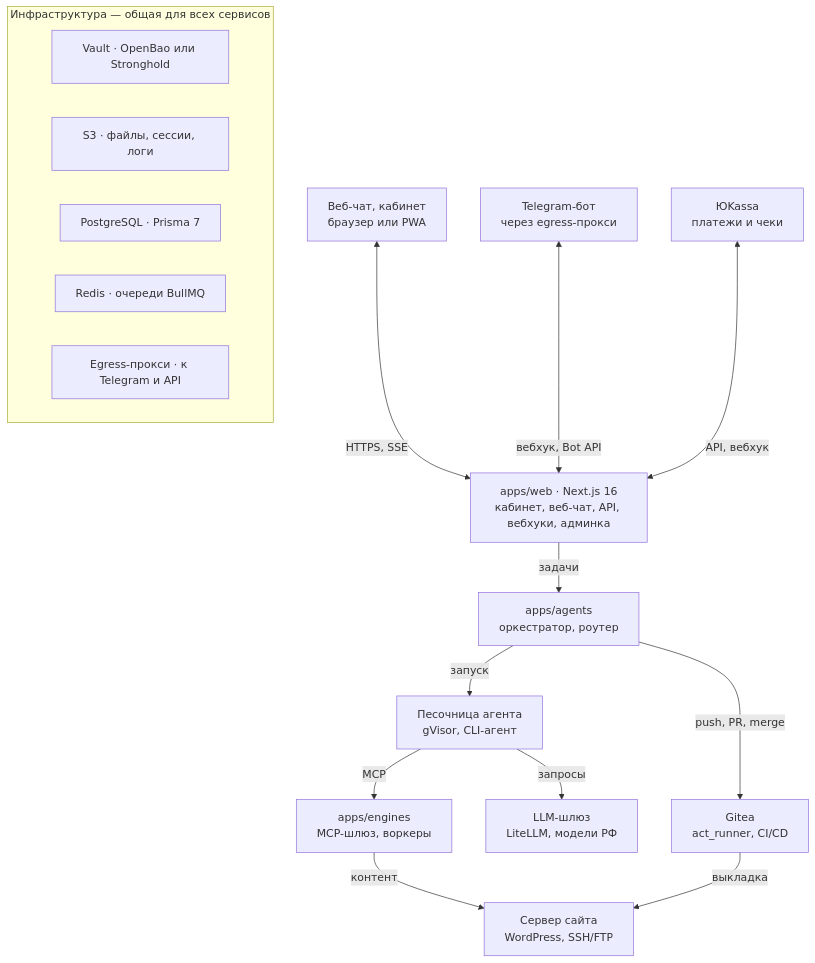
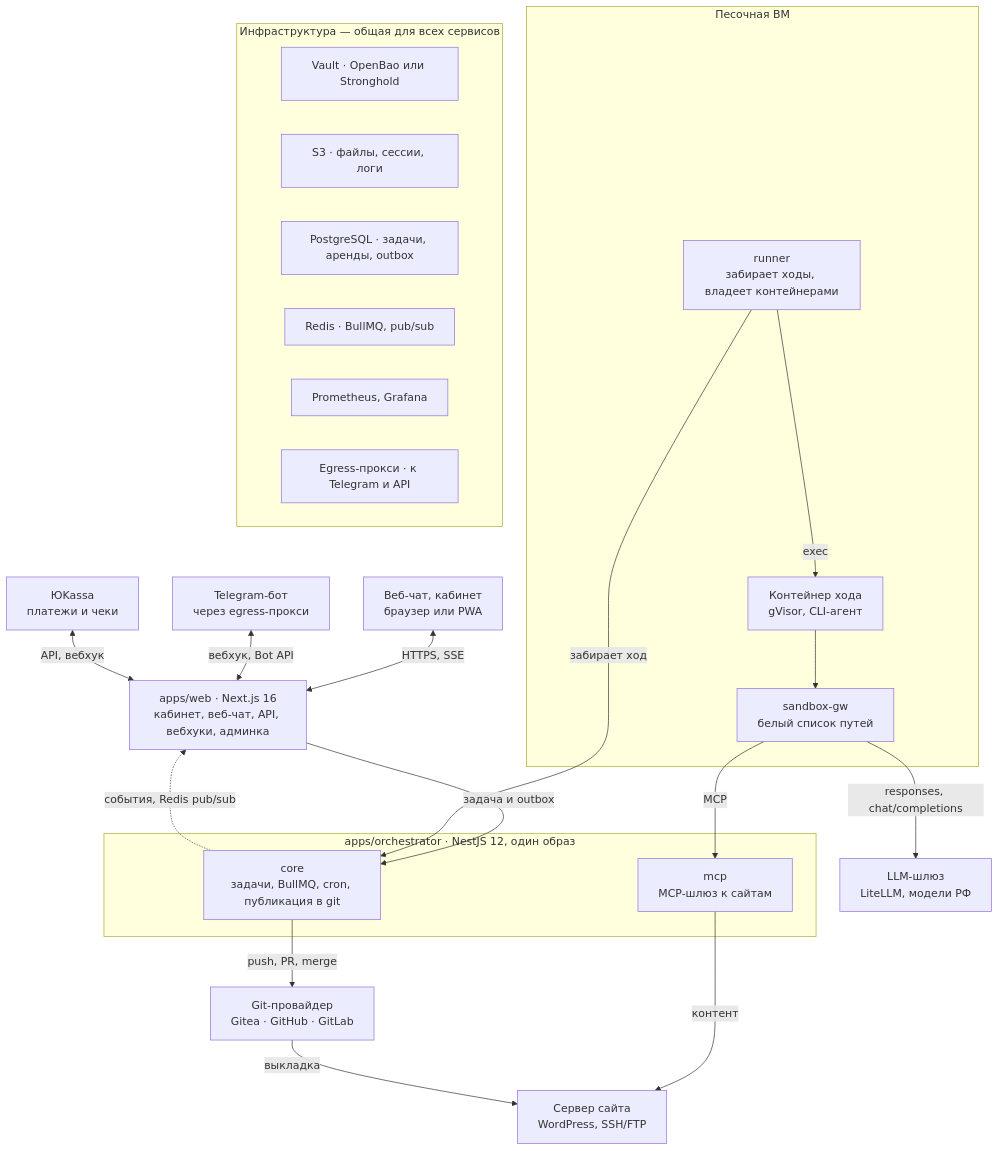
Before and after one commit to AnyNoteInc/Raditi: the first of 2 diagrams in docs/spec.md, drawn with Mermaid. The commit also changed other lines of this file and 16 other files, not shown here.

````diff
--- a/docs/spec.md
+++ b/docs/spec.md
@@ -104,30 +119,40 @@
 ```mermaid
 flowchart TB
     client["Веб-чат, кабинет<br/>браузер или PWA"]
     bot["Telegram-бот<br/>через egress-прокси"]
     pay["ЮKassa<br/>платежи и чеки"]
     web["apps/web · Next.js 16<br/>кабинет, веб-чат, API, вебхуки, админка"]
-    orch["apps/agents<br/>оркестратор, роутер"]
-    sandbox["Песочница агента<br/>gVisor, CLI-агент"]
-    engines["apps/engines<br/>MCP-шлюз, воркеры"]
-    gitea["Gitea<br/>act_runner, CI/CD"]
+    subgraph orch["apps/orchestrator · NestJS 12, один образ"]
+        core["core<br/>задачи, BullMQ, cron, публикация в git"]
+        mcp["mcp<br/>MCP-шлюз к сайтам"]
+    end
+    subgraph sbx["Песочная ВМ"]
+        runner["runner<br/>забирает ходы, владеет контейнерами"]
+        turn["Контейнер хода<br/>gVisor, CLI-агент"]
+        gw["sandbox-gw<br/>белый список путей"]
+    end
+    git["Git-провайдер<br/>Gitea · GitHub · GitLab"]
     llm["LLM-шлюз<br/>LiteLLM, модели РФ"]
     site["Сервер сайта<br/>WordPress, SSH/FTP"]
     client <-->|HTTPS, SSE| web
     bot <-->|вебхук, Bot API| web
     pay <-->|API, вебхук| web
-    web -->|задачи| orch
-    orch -->|запуск| sandbox
-    orch -->|push, PR, merge| gitea
-    sandbox -->|MCP| engines
-    sandbox -->|запросы| llm
-    engines -->|контент| site
-    gitea -->|выкладка| site
+    web -->|задача и outbox| core
+    core -.->|события, Redis pub/sub| web
+    runner -->|забирает ход| core
+    runner -->|exec| turn
+    turn --> gw
+    gw -->|responses, chat/completions| llm
+    gw -->|MCP| mcp
+    mcp -->|контент| site
+    core -->|push, PR, merge| git
+    git -->|выкладка| site
     subgraph infra["Инфраструктура — общая для всех сервисов"]
         vault["Vault · OpenBao или Stronghold"]
         s3["S3 · файлы, сессии, логи"]
-        pg["PostgreSQL · Prisma 7"]
-        redis["Redis · очереди BullMQ"]
+        pg["PostgreSQL · задачи, аренды, outbox"]
+        redis["Redis · BullMQ, pub/sub"]
+        mon["Prometheus, Grafana"]
         egress["Egress-прокси · к Telegram и API"]
     end
 ```
````
